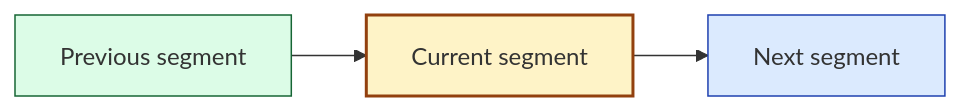
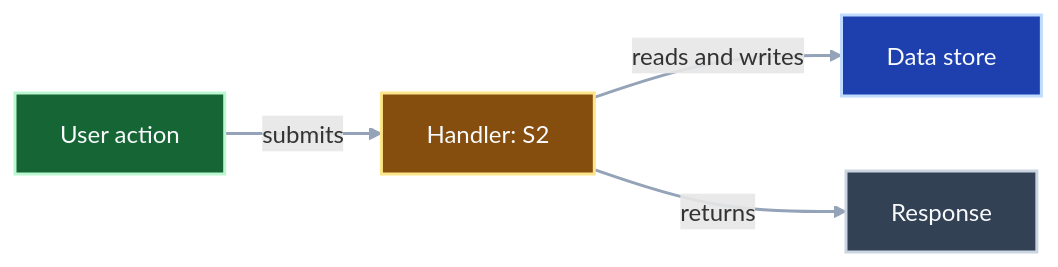
Before and after one commit to microsoft/hve-core: the diagram in .github/skills/rpi/rpi-walkthrough/references/walkthrough.md, drawn with Mermaid. The commit also changed other lines of this file and 42 other files, not shown here.

````diff
--- a/.github/skills/rpi/rpi-walkthrough/references/walkthrough.md
+++ b/.github/skills/rpi/rpi-walkthrough/references/walkthrough.md
@@ -54,13 +54,19 @@
 ```mermaid
 flowchart LR
-    prev[Previous segment]
-    current[Current segment]
-    next[Next segment]
-    prev --> current --> next
-    classDef done fill:#dcfce7,stroke:#166534,stroke-width:1px;
-    classDef current fill:#fef3c7,stroke:#92400e,stroke-width:2px;
-    classDef upcoming fill:#dbeafe,stroke:#1e40af,stroke-width:1px;
-    class prev done;
-    class current current;
-    class next upcoming;
+  action[User action]
+  handler[Handler: S2]
+  store[Data store]
+  result[Response]
+  action -->|submits| handler
+  handler -->|reads and writes| store
+  handler -->|returns| result
+  classDef context fill:#166534,color:#f8fafc,stroke:#bbf7d0,stroke-width:2px;
+  classDef focus fill:#854d0e,color:#f8fafc,stroke:#fde68a,stroke-width:2px;
+  classDef dependency fill:#1e40af,color:#f8fafc,stroke:#bfdbfe,stroke-width:2px;
+  classDef outcome fill:#334155,color:#f8fafc,stroke:#cbd5e1,stroke-width:2px;
+  class action context;
+  class handler focus;
+  class store dependency;
+  class result outcome;
+  linkStyle default stroke:#94a3b8,stroke-width:2px;
 ```
````
